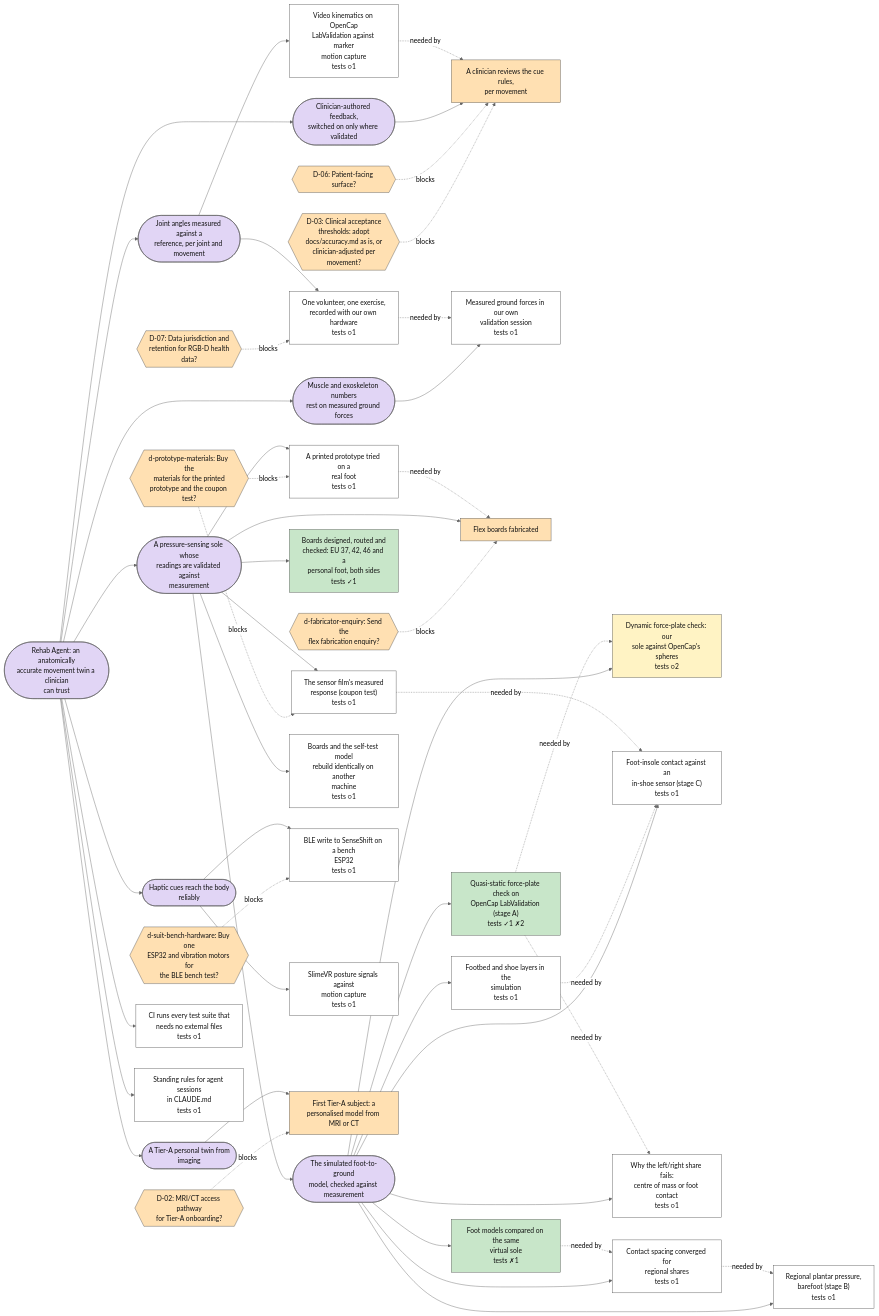
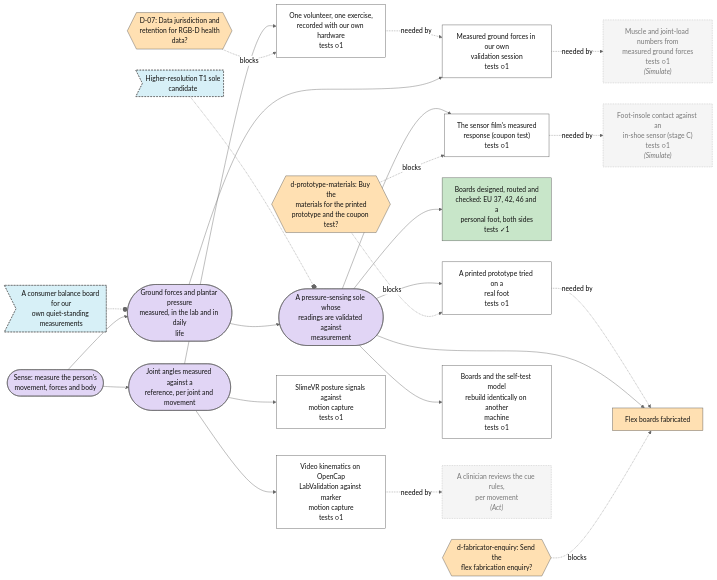
The second of 7 diagrams in plan/MAP.md (Sigurius23/Rehab-agent), drawn with Mermaid (neutral theme) before and after one commit. The commit also changed other lines of this file and 43 other files, not shown here.

````diff
--- a/plan/MAP.md
+++ b/plan/MAP.md
@@ -7,88 +47,49 @@
 ```mermaid
 flowchart LR
-  n0{{"D-02: MRI/CT access pathway<br/>for Tier-A onboarding?"}}:::decision_open
-  n1{{"D-03: Clinical acceptance<br/>thresholds: adopt<br/>docs/accuracy.md as is, or<br/>clinician-adjusted per<br/>movement?"}}:::decision_open
-  n2{{"D-06: Patient-facing surface?"}}:::decision_open
-  n3{{"D-07: Data jurisdiction and<br/>retention for RGB-D health<br/>data?"}}:::decision_open
-  n4["A clinician reviews the cue rules,<br/>per movement"]:::step_blocked
-  n5{{"d-fabricator-enquiry: Send the<br/>flex fabrication enquiry?"}}:::decision_open
-  n6{{"d-prototype-materials: Buy the<br/>materials for the printed<br/>prototype and the coupon test?"}}:::decision_open
-  n7{{"d-suit-bench-hardware: Buy one<br/>ESP32 and vibration motors for<br/>the BLE bench test?"}}:::decision_open
-  n8["Measured ground forces in our own<br/>validation session<br/>tests ○1"]:::step_open
-  n9(["Clinician-authored feedback,<br/>switched on only where validated"]):::goal_open
-  n10(["Haptic cues reach the body<br/>reliably"]):::goal_open
-  n11(["Muscle and exoskeleton numbers<br/>rest on measured ground forces"]):::goal_open
-  n12(["Joint angles measured against a<br/>reference, per joint and movement"]):::goal_open
-  n13(["A Tier-A personal twin from<br/>imaging"]):::goal_open
-  n14(["A pressure-sensing sole whose<br/>readings are validated against<br/>measurement"]):::goal_open
-  n15(["The simulated foot-to-ground<br/>model, checked against measurement"]):::goal_open
-  n16["Video kinematics on OpenCap<br/>LabValidation against marker<br/>motion capture<br/>tests ○1"]:::step_open
-  n17["One volunteer, one exercise,<br/>recorded with our own hardware<br/>tests ○1"]:::step_open
-  n18["CI runs every test suite that<br/>needs no external files<br/>tests ○1"]:::step_open
-  n19["Standing rules for agent sessions<br/>in CLAUDE.md<br/>tests ○1"]:::step_open
-  n20(["Rehab Agent: an anatomically<br/>accurate movement twin a clinician<br/>can trust"]):::goal_open
-  n21["Boards designed, routed and<br/>checked: EU 37, 42, 46 and a<br/>personal foot, both sides<br/>tests ✓1"]:::step_done
-  n22["The sensor film's measured<br/>response (coupon test)<br/>tests ○1"]:::step_open
-  n23["Flex boards fabricated"]:::step_blocked
-  n24["Foot models compared on the same<br/>virtual sole<br/>tests ✗1"]:::step_done
-  n25["Footbed and shoe layers in the<br/>simulation<br/>tests ○1"]:::step_open
-  n26["Dynamic force-plate check: our<br/>sole against OpenCap's spheres<br/>tests ○2"]:::step_doing
-  n27["Quasi-static force-plate check on<br/>OpenCap LabValidation (stage A)<br/>tests ✓1 ✗2"]:::step_done
-  n28["Foot-insole contact against an<br/>in-shoe sensor (stage C)<br/>tests ○1"]:::step_open
-  n29["A printed prototype tried on a<br/>real foot<br/>tests ○1"]:::step_open
-  n30["Boards and the self-test model<br/>rebuild identically on another<br/>machine<br/>tests ○1"]:::step_open
-  n31["Regional plantar pressure,<br/>barefoot (stage B)<br/>tests ○1"]:::step_open
-  n32["Why the left/right share fails:<br/>centre of mass or foot contact<br/>tests ○1"]:::step_open
-  n33["Contact spacing converged for<br/>regional shares<br/>tests ○1"]:::step_open
-  n34["BLE write to SenseShift on a bench<br/>ESP32<br/>tests ○1"]:::step_open
-  n35["SlimeVR posture signals against<br/>motion capture<br/>tests ○1"]:::step_open
-  n36["First Tier-A subject: a<br/>personalised model from MRI or CT"]:::step_blocked
-  n0 -. blocks .-> n36
-  n1 -. blocks .-> n4
-  n2 -. blocks .-> n4
-  n3 -. blocks .-> n17
-  n9 --> n4
-  n16 -. needed by .-> n4
-  n5 -. blocks .-> n23
-  n6 -. blocks .-> n29
-  n6 -. blocks .-> n22
-  n7 -. blocks .-> n34
-  n11 --> n8
-  n17 -. needed by .-> n8
-  n20 --> n9
-  n20 --> n10
-  n20 --> n11
-  n20 --> n12
-  n20 --> n13
-  n20 --> n14
-  n14 --> n15
-  n12 --> n16
-  n12 --> n17
-  n20 --> n18
-  n20 --> n19
-  n14 --> n21
-  n14 --> n22
-  n14 --> n23
-  n29 -. needed by .-> n23
-  n15 --> n24
-  n15 --> n25
-  n15 --> n26
-  n27 -. needed by .-> n26
-  n15 --> n27
-  n15 --> n28
-  n25 -. needed by .-> n28
-  n22 -. needed by .-> n28
-  n14 --> n29
-  n14 --> n30
-  n15 --> n31
-  n33 -. needed by .-> n31
-  n15 --> n32
-  n27 -. needed by .-> n32
-  n15 --> n33
-  n24 -. needed by .-> n33
-  n10 --> n34
-  n10 --> n35
-  n13 --> n36
+  n0{{"D-07: Data jurisdiction and<br/>retention for RGB-D health<br/>data?"}}:::decision_open
+  n1{{"d-fabricator-enquiry: Send the<br/>flex fabrication enquiry?"}}:::decision_open
+  n2{{"d-prototype-materials: Buy the<br/>materials for the printed<br/>prototype and the coupon test?"}}:::decision_open
+  n3["Measured ground forces in our own<br/>validation session<br/>tests ○1"]:::step_open
+  n4(["Ground forces and plantar pressure<br/>measured, in the lab and in daily<br/>life"]):::goal_open
+  n5(["Joint angles measured against a<br/>reference, per joint and movement"]):::goal_open
+  n6(["A pressure-sensing sole whose<br/>readings are validated against<br/>measurement"]):::goal_open
+  n7>"A consumer balance board for our<br/>own quiet-standing measurements"]:::idea_new
+  n8>"Higher-resolution T1 sole<br/>candidate"]:::idea_new
+  n9["Video kinematics on OpenCap<br/>LabValidation against marker<br/>motion capture<br/>tests ○1"]:::step_open
+  n10["One volunteer, one exercise,<br/>recorded with our own hardware<br/>tests ○1"]:::step_open
+  n11(["Sense: measure the person's<br/>movement, forces and body"]):::goal_open
+  n12["Boards designed, routed and<br/>checked: EU 37, 42, 46 and a<br/>personal foot, both sides<br/>tests ✓1"]:::step_done
+  n13["The sensor film's measured<br/>response (coupon test)<br/>tests ○1"]:::step_open
+  n14["Flex boards fabricated"]:::step_blocked
+  n15["A printed prototype tried on a<br/>real foot<br/>tests ○1"]:::step_open
+  n16["Boards and the self-test model<br/>rebuild identically on another<br/>machine<br/>tests ○1"]:::step_open
+  n17["SlimeVR posture signals against<br/>motion capture<br/>tests ○1"]:::step_open
+  n18["A clinician reviews the cue rules,<br/>per movement<br/><i>(Act)</i>"]:::external
+  n19["Muscle and joint-load numbers from<br/>measured ground forces<br/>tests ○1<br/><i>(Simulate)</i>"]:::external
+  n20["Foot-insole contact against an<br/>in-shoe sensor (stage C)<br/>tests ○1<br/><i>(Simulate)</i>"]:::external
+  n0 -. blocks .-> n10
+  n1 -. blocks .-> n14
+  n2 -. blocks .-> n15
+  n2 -. blocks .-> n13
+  n4 --> n3
+  n10 -. needed by .-> n3
+  n11 --> n4
+  n11 --> n5
+  n4 --> n6
+  n7 -.-o n4
+  n8 -.-o n6
+  n5 --> n9
+  n5 --> n10
+  n6 --> n12
+  n6 --> n13
+  n6 --> n14
+  n15 -. needed by .-> n14
+  n6 --> n15
+  n6 --> n16
+  n5 --> n17
+  n9 -. needed by .-> n18
+  n3 -. needed by .-> n19
+  n13 -. needed by .-> n20
   classDef goal_open fill:#e1d5f5,stroke:#555,color:#111
   classDef goal_done fill:#c8e6c9,stroke:#555,color:#111
   classDef step_open fill:#ffffff,stroke:#555,color:#111
@@ -107,4 +108,5 @@
   classDef idea_dropped fill:#eeeeee,stroke:#555,color:#111,stroke-dasharray: 4 3
   classDef decision_open fill:#ffe0b2,stroke:#555,color:#111
   classDef decision_decided fill:#ffe0b2,stroke:#555,color:#111
+  classDef external fill:#f5f5f5,stroke:#aaa,color:#777,stroke-dasharray: 2 2
 ```
````
